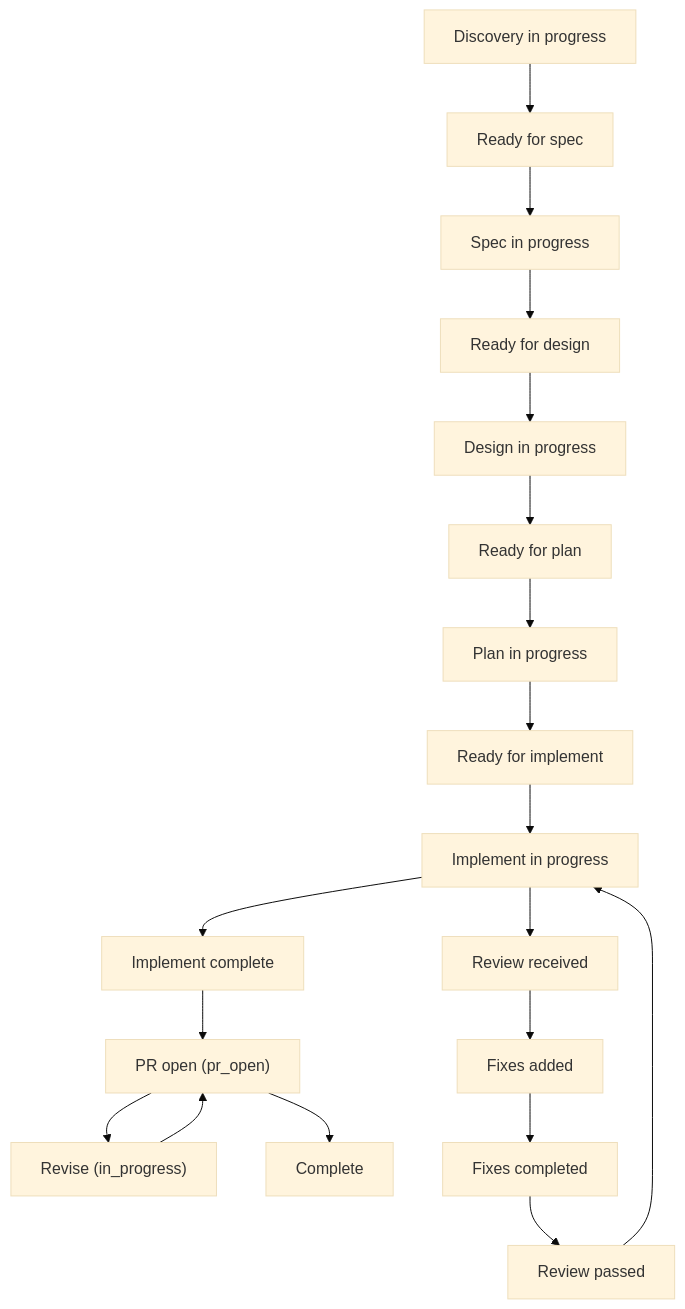
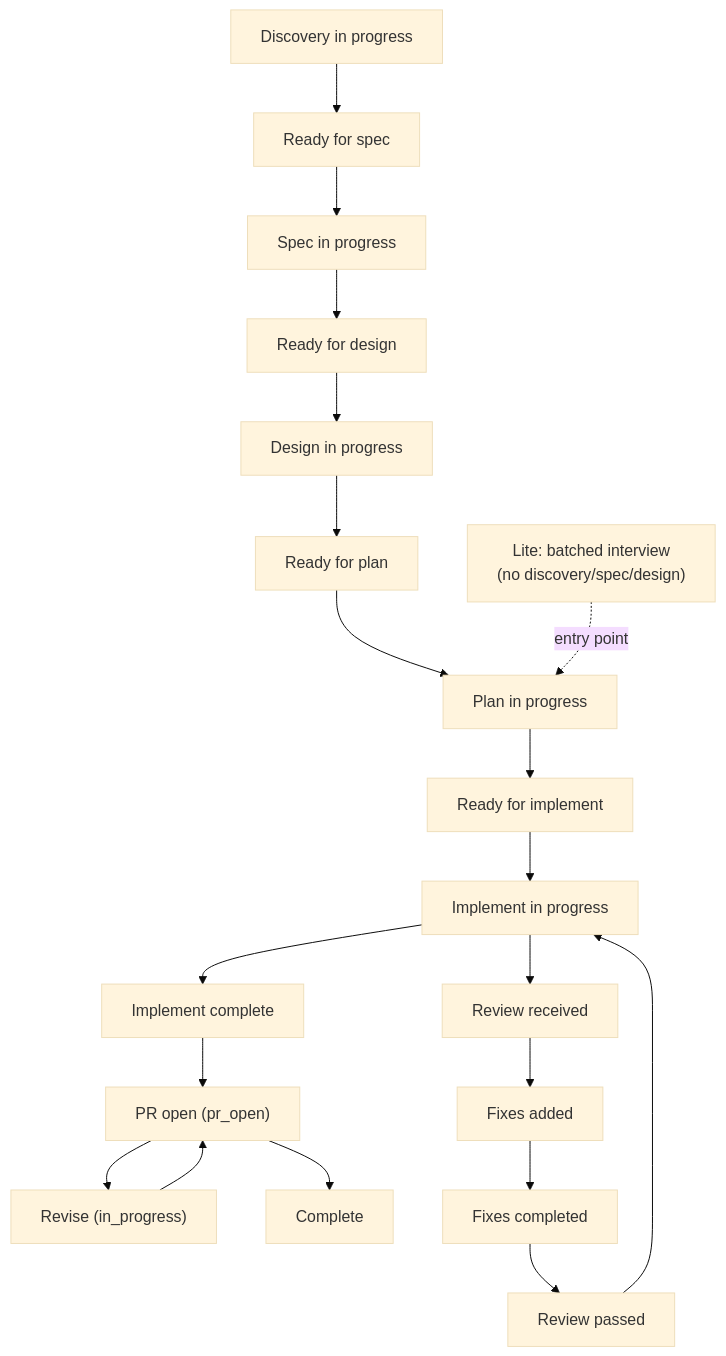
Before and after one commit to voxmedia/open-agent-toolkit: the diagram in apps/oat-docs/docs/workflows/projects/state-machine.md, drawn with Mermaid (base theme). The commit also changed other lines of this file and 5 other files, not shown here.

First line of the commit message:
docs(lite-workflow-mode): document lite gaps and promotion diagram

````diff
--- a/apps/oat-docs/docs/workflows/projects/state-machine.md
+++ b/apps/oat-docs/docs/workflows/projects/state-machine.md
@@ -18,18 +18,20 @@
 ```mermaid
 flowchart TD
   D["Discovery in progress"] --> RS["Ready for spec"]
   RS --> S["Spec in progress"] --> RD["Ready for design"]
   RD --> G["Design in progress"] --> RP["Ready for plan"]
   RP --> P["Plan in progress"] --> RI["Ready for implement"]
   RI --> I["Implement in progress"] --> IC["Implement complete"]
   IC --> PRO["PR open (pr_open)"]
   PRO --> REV["Revise (in_progress)"]
   REV --> PRO
   PRO --> C["Complete"]
 
   I --> RV["Review received"]
   RV --> FA["Fixes added"]
   FA --> FC["Fixes completed"]
   FC --> PASSED["Review passed"]
   PASSED --> I
+
+  LITE["Lite: batched interview\n(no discovery/spec/design)"] -. entry point .-> P
 ```
````
